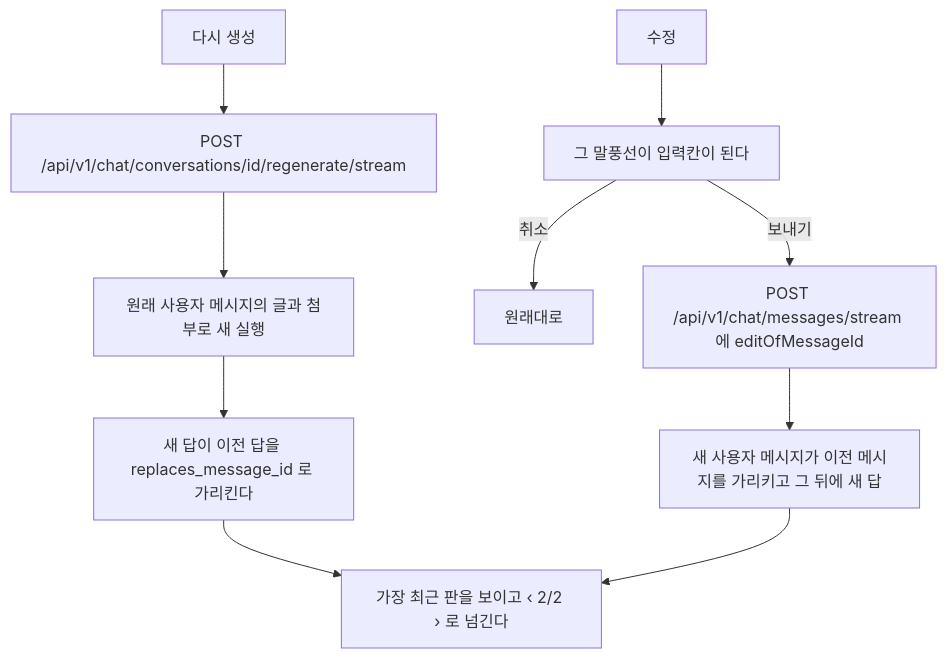
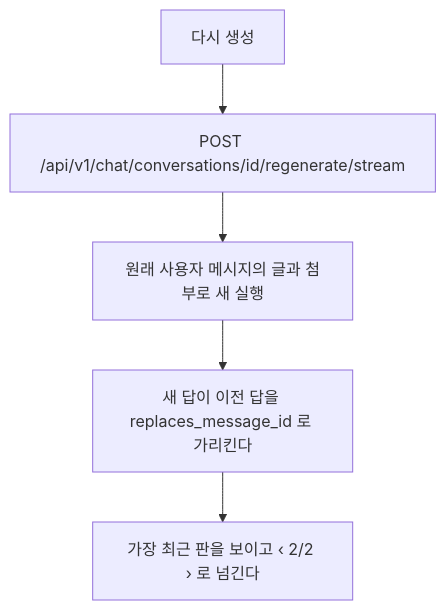
One commit to jon890/fos-assistant changed diagram 13 of 13 in docs/flow.md. Above: the diagram before and after it, drawn with Mermaid. The commit also changed other lines of this file and 8 other files, not shown here.

````diff
--- a/docs/flow.md
+++ b/docs/flow.md
@@ -781,12 +783,7 @@
 ```mermaid
 flowchart TD
     A[다시 생성] --> A1[POST /api/v1/chat/conversations/id/regenerate/stream]
     A1 --> A2[원래 사용자 메시지의 글과 첨부로 새 실행]
     A2 --> A3[새 답이 이전 답을 replaces_message_id 로 가리킨다]
-    E[수정] --> E1[그 말풍선이 입력칸이 된다]
-    E1 -- 취소 --> E0[원래대로]
-    E1 -- 보내기 --> E2[POST /api/v1/chat/messages/stream 에 editOfMessageId]
-    E2 --> E3[새 사용자 메시지가 이전 메시지를 가리키고 그 뒤에 새 답]
     A3 --> V[가장 최근 판을 보이고 ‹ 2/2 › 로 넘긴다]
-    E3 --> V
 ```
````
